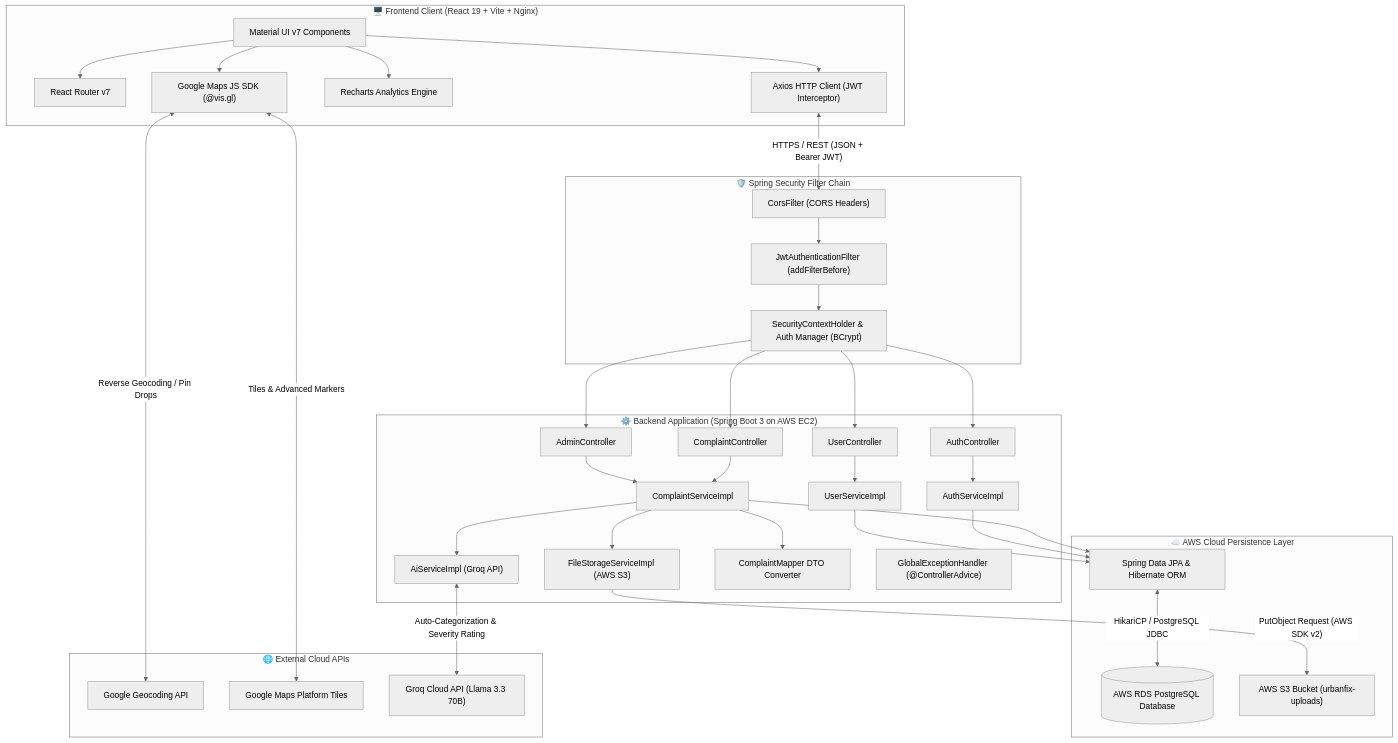
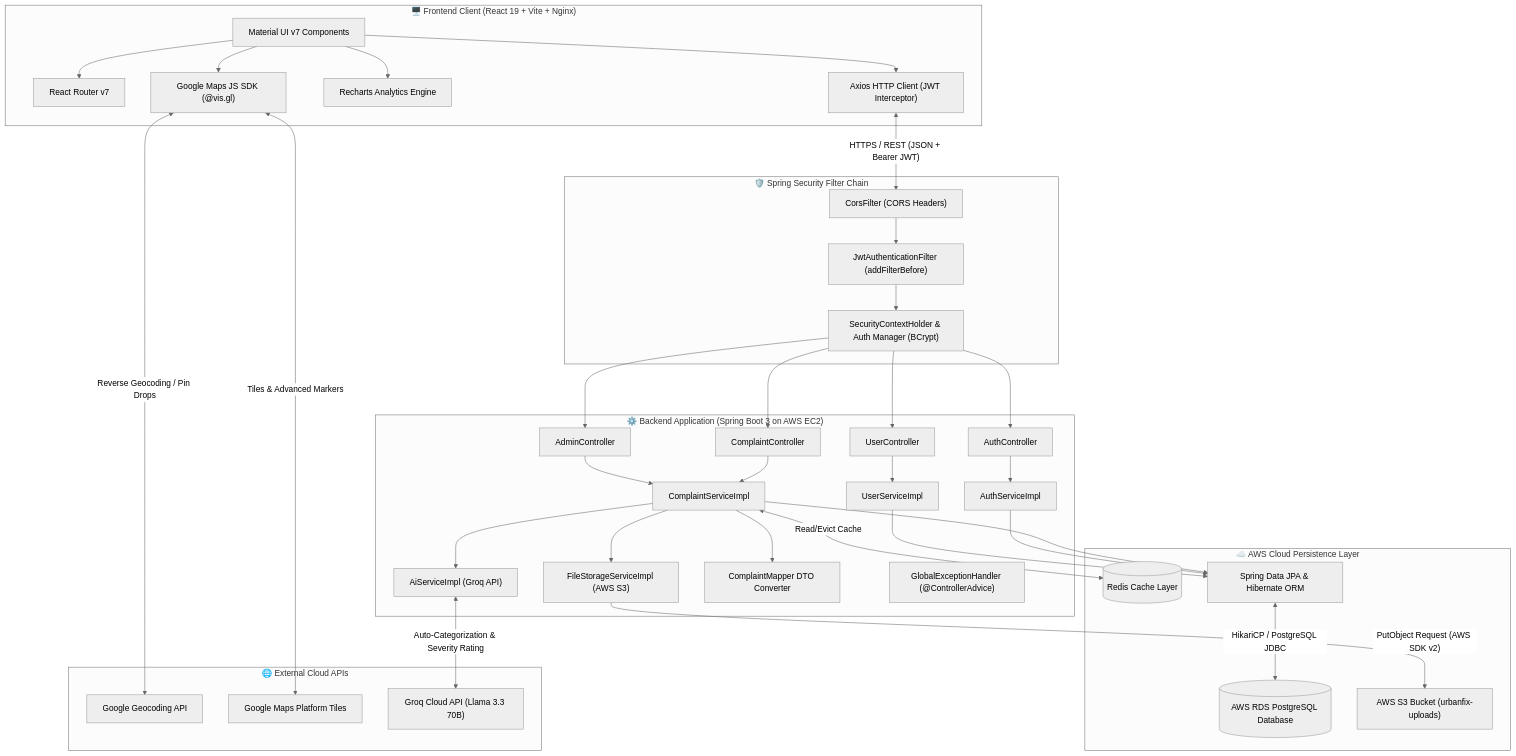
The first of 4 diagrams in README.md (SHIBAM-GHOSH/UrbanFix), drawn with Mermaid (neutral theme) before and after one commit. The commit also changed other lines of this file, not shown here.

Commit message:
docs: update README with Redis caching, PyTest suite, and CI/CD workflow

```diff
--- a/README.md
+++ b/README.md
@@ -83,6 +67,7 @@
     end
 
     subgraph CloudPersistence ["☁️ AWS Cloud Persistence Layer"]
+        RedisCache[("Redis Cache Layer")]
         JPA["Spring Data JPA & Hibernate ORM"]
         Database[("AWS RDS PostgreSQL Database")]
         S3Storage["AWS S3 Bucket (urbanfix-uploads)"]
@@ -120,6 +105,7 @@
     ComplaintService --> Mapper
     ComplaintService --> FileService
     ComplaintService --> AiService
+    ComplaintService <-->|"Read/Evict Cache"| RedisCache
     FileService -->|"PutObject Request (AWS SDK v2)"| S3Storage
     ComplaintService --> JPA
     AuthService --> JPA
```
